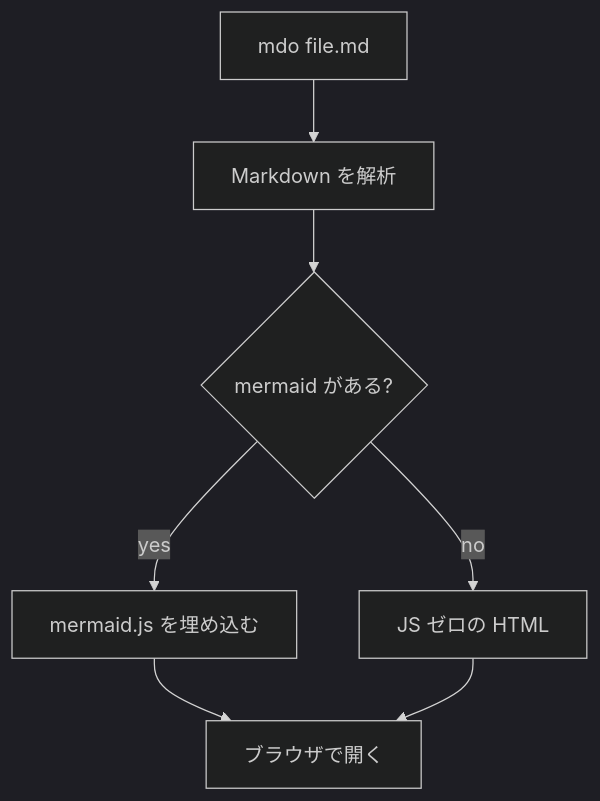
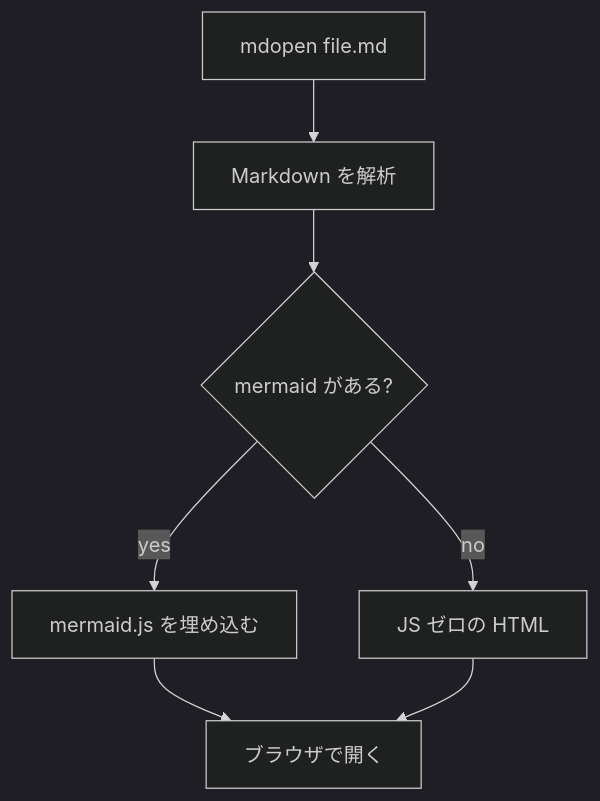
The first of 2 diagrams in testdata/mermaid.md (gin0606/mdopen), drawn with Mermaid (dark theme) before and after one commit. The commit also changed other lines of this file and 13 other files, not shown here.

````diff
--- a/testdata/mermaid.md
+++ b/testdata/mermaid.md
@@ -5,9 +5,9 @@
 ```mermaid
 flowchart TD
-    A[mdo file.md] --> B[Markdown を解析]
+    A[mdopen file.md] --> B[Markdown を解析]
     B --> C{mermaid がある?}
     C -->|yes| D[mermaid.js を埋め込む]
     C -->|no| E[JS ゼロの HTML]
     D --> F[ブラウザで開く]
     E --> F
 ```
````
